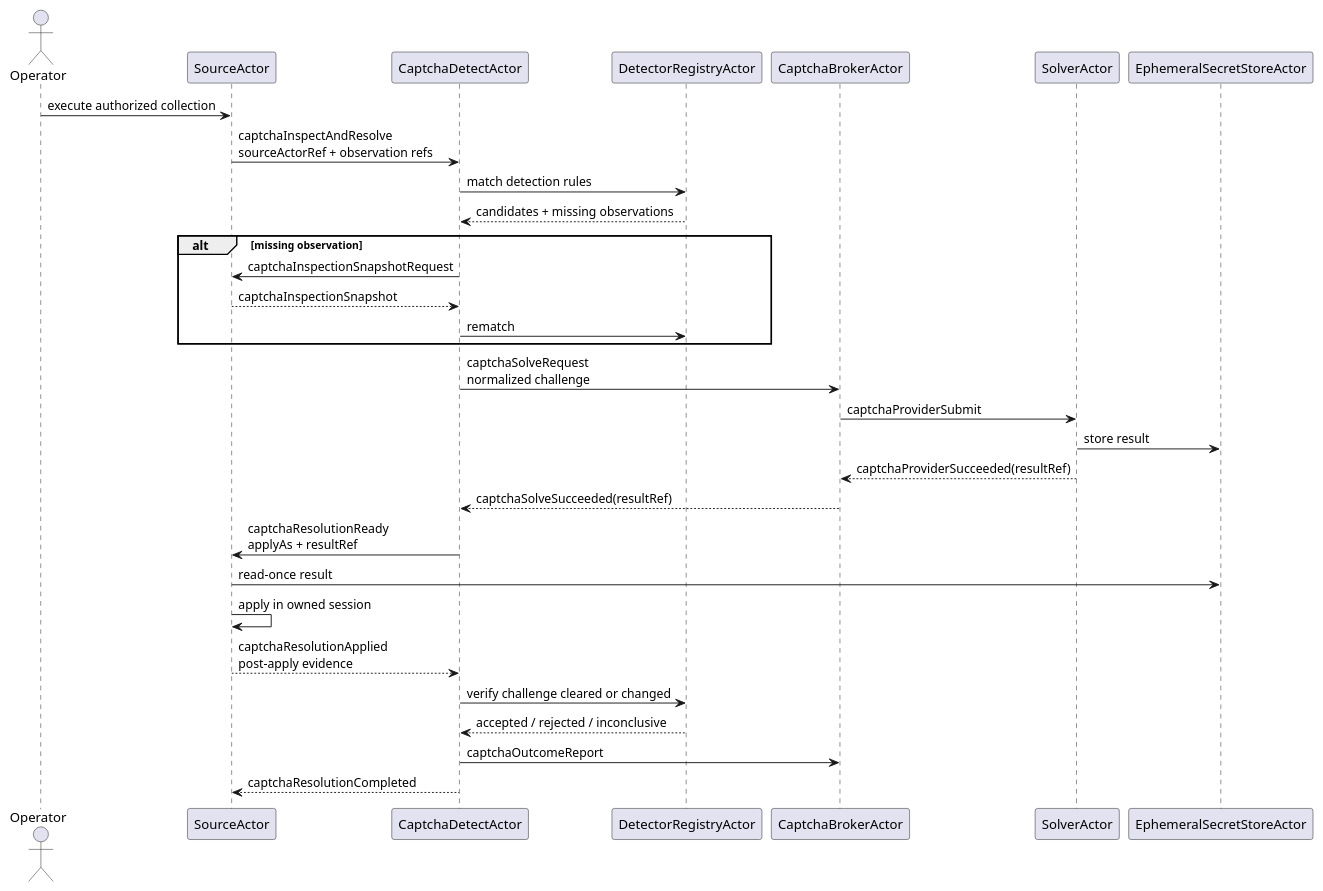
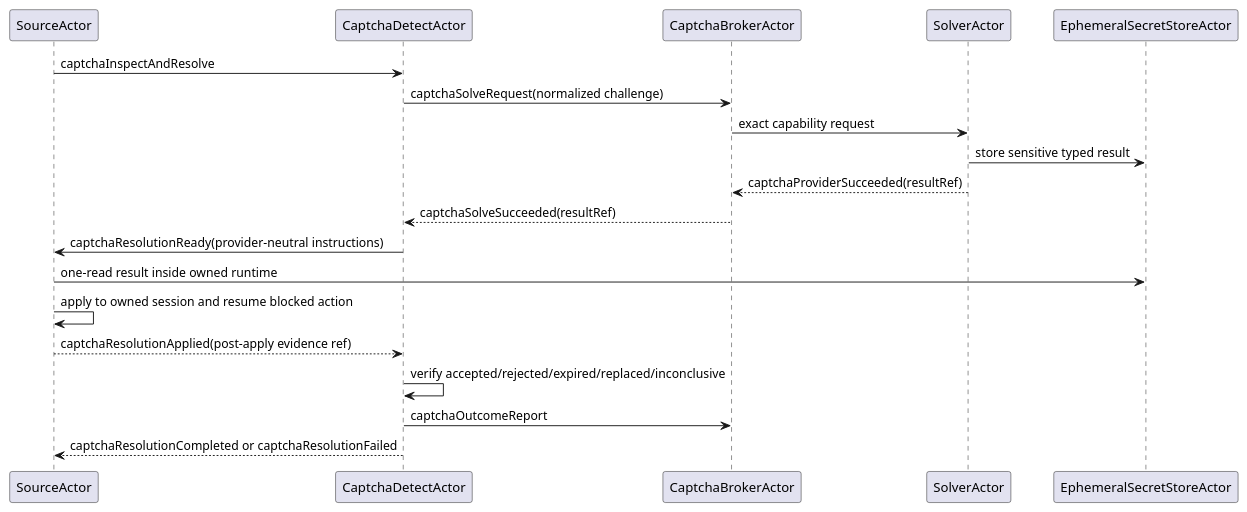
One commit to lost-rob0t/starintel-auto-research changed the second of 4 diagrams in roam/design/star-server/STAR-CAPTCHA-001-detection-resolution-orchestrator.org. Above: the diagram before and after it, drawn with PlantUML. The commit also changed other lines of this file, not shown here.

Commit message:
correct detector protocol and actor examples

```diff
--- a/roam/design/star-server/STAR-CAPTCHA-001-detection-resolution-orchestrator.org
+++ b/roam/design/star-server/STAR-CAPTCHA-001-detection-resolution-orchestrator.org
@@ -142,34 +226,23 @@
 #+begin_src plantuml
 @startuml
-actor Operator
 participant "SourceActor" as Source
 participant "CaptchaDetectActor" as Detect
-participant "DetectorRegistryActor" as Registry
 participant "CaptchaBrokerActor" as Broker
 participant "SolverActor" as Solver
 participant "EphemeralSecretStoreActor" as Secrets
 
-Operator -> Source : execute authorized collection
-Source -> Detect : captchaInspectAndResolve\nsourceActorRef + observation refs
-Detect -> Registry : match detection rules
-Registry --> Detect : candidates + missing observations
-alt missing observation
-  Detect -> Source : captchaInspectionSnapshotRequest
-  Source --> Detect : captchaInspectionSnapshot
-  Detect -> Registry : rematch
-end
-Detect -> Broker : captchaSolveRequest\nnormalized challenge
-Broker -> Solver : captchaProviderSubmit
-Solver -> Secrets : store result
+Source -> Detect : captchaInspectAndResolve
+Detect -> Broker : captchaSolveRequest(normalized challenge)
+Broker -> Solver : exact capability request
+Solver -> Secrets : store sensitive typed result
 Solver --> Broker : captchaProviderSucceeded(resultRef)
 Broker --> Detect : captchaSolveSucceeded(resultRef)
-Detect -> Source : captchaResolutionReady\napplyAs + resultRef
-Source -> Secrets : read-once result
-Source -> Source : apply in owned session
-Source --> Detect : captchaResolutionApplied\npost-apply evidence
-Detect -> Registry : verify challenge cleared or changed
-Registry --> Detect : accepted / rejected / inconclusive
+Detect -> Source : captchaResolutionReady(provider-neutral instructions)
+Source -> Secrets : one-read result inside owned runtime
+Source -> Source : apply to owned session and resume blocked action
+Source --> Detect : captchaResolutionApplied(post-apply evidence ref)
+Detect -> Detect : verify accepted/rejected/expired/replaced/inconclusive
 Detect -> Broker : captchaOutcomeReport
-Detect --> Source : captchaResolutionCompleted
+Detect --> Source : captchaResolutionCompleted or captchaResolutionFailed
 @enduml
 #+end_src
```
